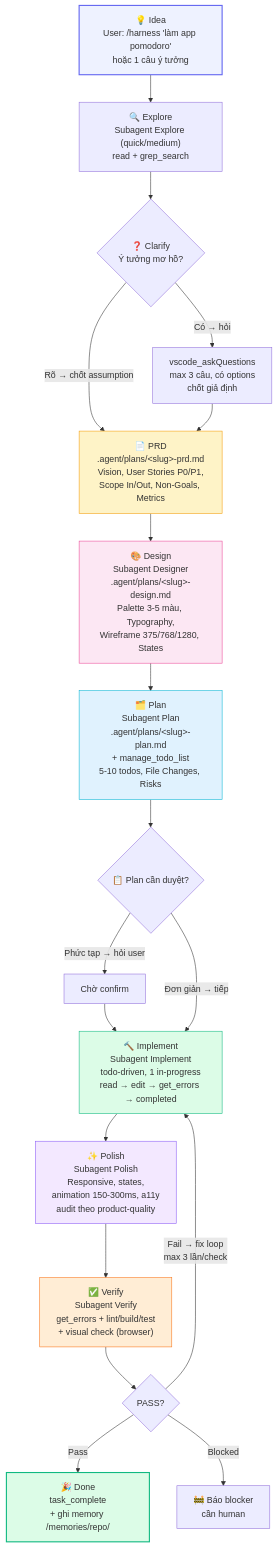
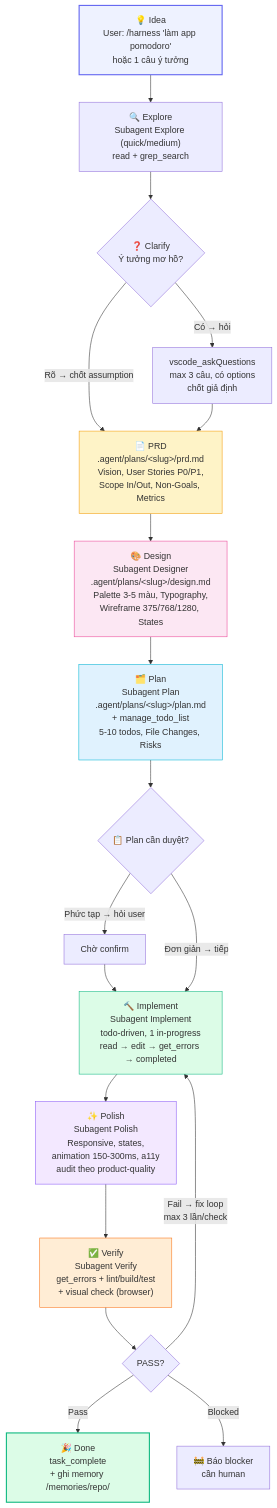
The first of 4 diagrams in docs/harness-flow.md (mrdanhdanh/CLAUDE_VS), drawn with Mermaid before and after one commit. The commit also changed other lines of this file and 36 other files, not shown here.

````diff
--- a/docs/harness-flow.md
+++ b/docs/harness-flow.md
@@ -22,29 +22,29 @@
 ```mermaid
 flowchart TD
     A["💡 Idea<br/>User: /harness 'làm app pomodoro'<br/>hoặc 1 câu ý tưởng"] --> B["🔍 Explore<br/>Subagent Explore (quick/medium)<br/>read + grep_search"]
     B --> C{"❓ Clarify<br/>Ý tưởng mơ hồ?"}
     C -- "Có → hỏi" --> C1["vscode_askQuestions<br/>max 3 câu, có options<br/>chốt giả định"]
     C -- "Rõ → chốt assumption" --> D
-    C1 --> D["📄 PRD<br/>.agent/plans/&lt;slug&gt;-prd.md<br/>Vision, User Stories P0/P1,<br/>Scope In/Out, Non-Goals, Metrics"]
-    D --> E["🎨 Design<br/>Subagent Designer<br/>.agent/plans/&lt;slug&gt;-design.md<br/>Palette 3-5 màu, Typography,<br/>Wireframe 375/768/1280, States"]
-    E --> F["🗂️ Plan<br/>Subagent Plan<br/>.agent/plans/&lt;slug&gt;-plan.md<br/>+ manage_todo_list<br/>5-10 todos, File Changes, Risks"]
+    C1 --> D["📄 PRD<br/>.agent/plans/&lt;slug&gt;/prd.md<br/>Vision, User Stories P0/P1,<br/>Scope In/Out, Non-Goals, Metrics"]
+    D --> E["🎨 Design<br/>Subagent Designer<br/>.agent/plans/&lt;slug&gt;/design.md<br/>Palette 3-5 màu, Typography,<br/>Wireframe 375/768/1280, States"]
+    E --> F["🗂️ Plan<br/>Subagent Plan<br/>.agent/plans/&lt;slug&gt;/plan.md<br/>+ manage_todo_list<br/>5-10 todos, File Changes, Risks"]
     F --> G{"📋 Plan cần duyệt?"}
     G -- "Phức tạp → hỏi user" --> G1["Chờ confirm"]
     G1 --> H
     G -- "Đơn giản → tiếp" --> H["🔨 Implement<br/>Subagent Implement<br/>todo-driven, 1 in-progress<br/>read → edit → get_errors → completed"]
     H --> I["✨ Polish<br/>Subagent Polish<br/>Responsive, states,<br/>animation 150-300ms, a11y<br/>audit theo product-quality"]
     I --> J["✅ Verify<br/>Subagent Verify<br/>get_errors + lint/build/test<br/>+ visual check (browser)"]
     J --> K{"PASS?"}
     K -- "Fail → fix loop<br/>max 3 lần/check" --> H
     K -- "Pass" --> L["🎉 Done<br/>task_complete<br/>+ ghi memory /memories/repo/"]
     K -- "Blocked" --> M["🚧 Báo blocker<br/>cần human"]
 
     style A fill:#eef2ff,stroke:#6366f1,stroke-width:2px
     style D fill:#fef3c7,stroke:#f59e0b
     style E fill:#fce7f3,stroke:#ec4899
     style F fill:#e0f2fe,stroke:#06b6d4
     style H fill:#dcfce7,stroke:#10b981
     style I fill:#f3e8ff,stroke:#8b5cf6
     style J fill:#ffedd5,stroke:#f97316
     style L fill:#dcfce7,stroke:#10b981,stroke-width:2px
 ```
````
